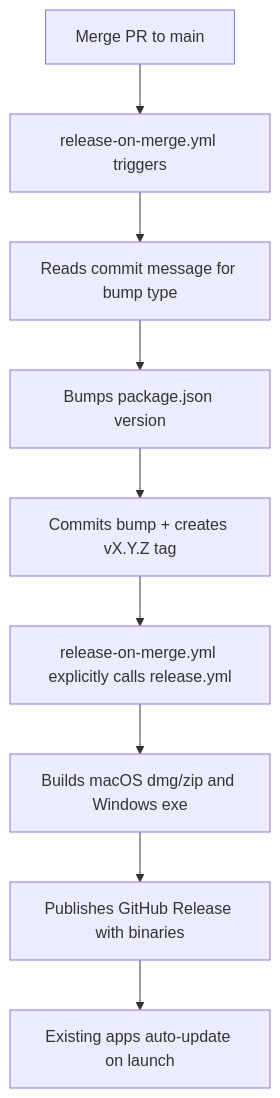
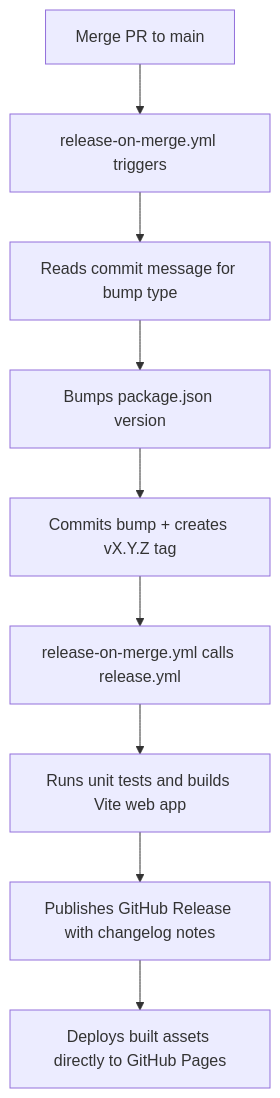
The diagram in DEVELOPMENT_AND_RELEASES.md (JLeshnick/Labyrinth-Game-Solver), drawn with Mermaid before and after one commit. The commit also changed other lines of this file and 4 other files, not shown here.

````diff
--- a/DEVELOPMENT_AND_RELEASES.md
+++ b/DEVELOPMENT_AND_RELEASES.md
@@ -58,11 +59,11 @@
 ```mermaid
 graph TD
     A[Merge PR to main] --> B[release-on-merge.yml triggers]
     B --> C[Reads commit message for bump type]
     C --> D[Bumps package.json version]
     D --> E[Commits bump + creates vX.Y.Z tag]
-    E --> F[release-on-merge.yml explicitly calls release.yml]
-    F --> G[Builds macOS dmg/zip and Windows exe]
-    G --> H[Publishes GitHub Release with binaries]
-    H --> I[Existing apps auto-update on launch]
+    E --> F[release-on-merge.yml calls release.yml]
+    F --> G[Runs unit tests and builds Vite web app]
+    G --> H[Publishes GitHub Release with changelog notes]
+    H --> I[Deploys built assets directly to GitHub Pages]
 ```
````
